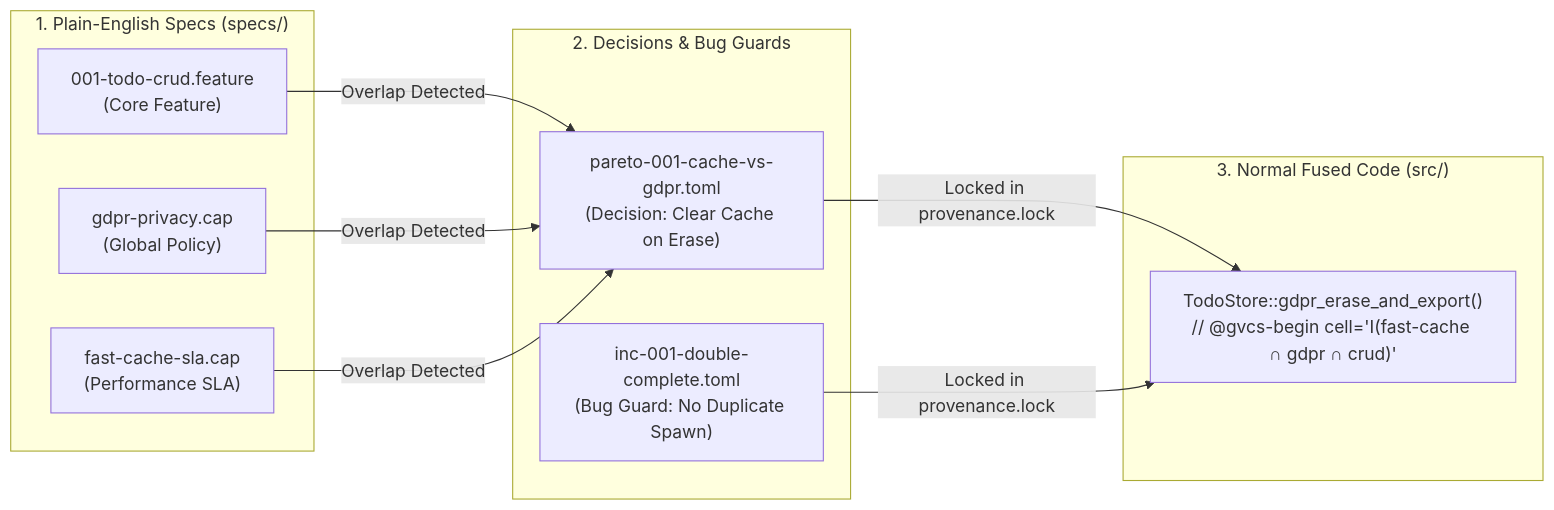
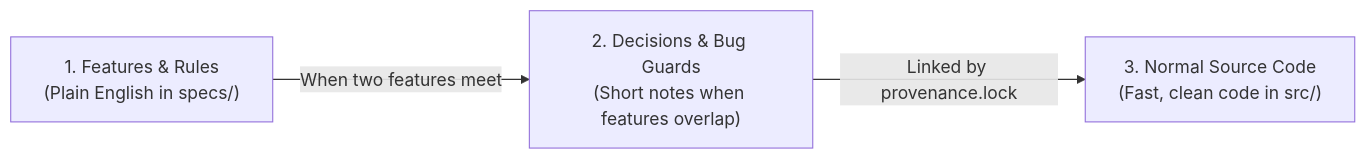
Before and after one commit to gregoreesmaa/gvcs: the diagram in README.md, drawn with Mermaid. The commit also changed other lines of this file, not shown here.

Commit message:
docs(readme): rewrite README into a clear, jargon-free story for both founders and engineers

````diff
--- a/README.md
+++ b/README.md
@@ -30,20 +27,9 @@
 ```mermaid
 flowchart LR
-    subgraph Specs["1. Plain-English Specs (specs/)"]
-        F["001-todo-crud.feature\n(Core Feature)"]
-        P["gdpr-privacy.cap\n(Global Policy)"]
-        C["fast-cache-sla.cap\n(Performance SLA)"]
-    end
+    Specs["1. Features & Rules\n(Plain English in specs/)"]
+    Decisions["2. Decisions & Bug Guards\n(Short notes when features overlap)"]
+    Code["3. Normal Source Code\n(Fast, clean code in src/)"]
 
-    subgraph Decisions["2. Decisions & Bug Guards"]
-        D["pareto-001-cache-vs-gdpr.toml\n(Decision: Clear Cache on Erase)"]
-        I["inc-001-double-complete.toml\n(Bug Guard: No Duplicate Spawn)"]
-    end
-
-    subgraph Code["3. Normal Fused Code (src/)"]
-        S["TodoStore::gdpr_erase_and_export()\n// @gvcs-begin cell='I(fast-cache ∩ gdpr ∩ crud)'"]
-    end
-
-    F & P & C -->|"Overlap Detected"| D
-    D & I -->|"Locked in provenance.lock"| S
+    Specs -->|"When two features meet"| Decisions
+    Decisions -->|"Linked by provenance.lock"| Code
 ```
````
